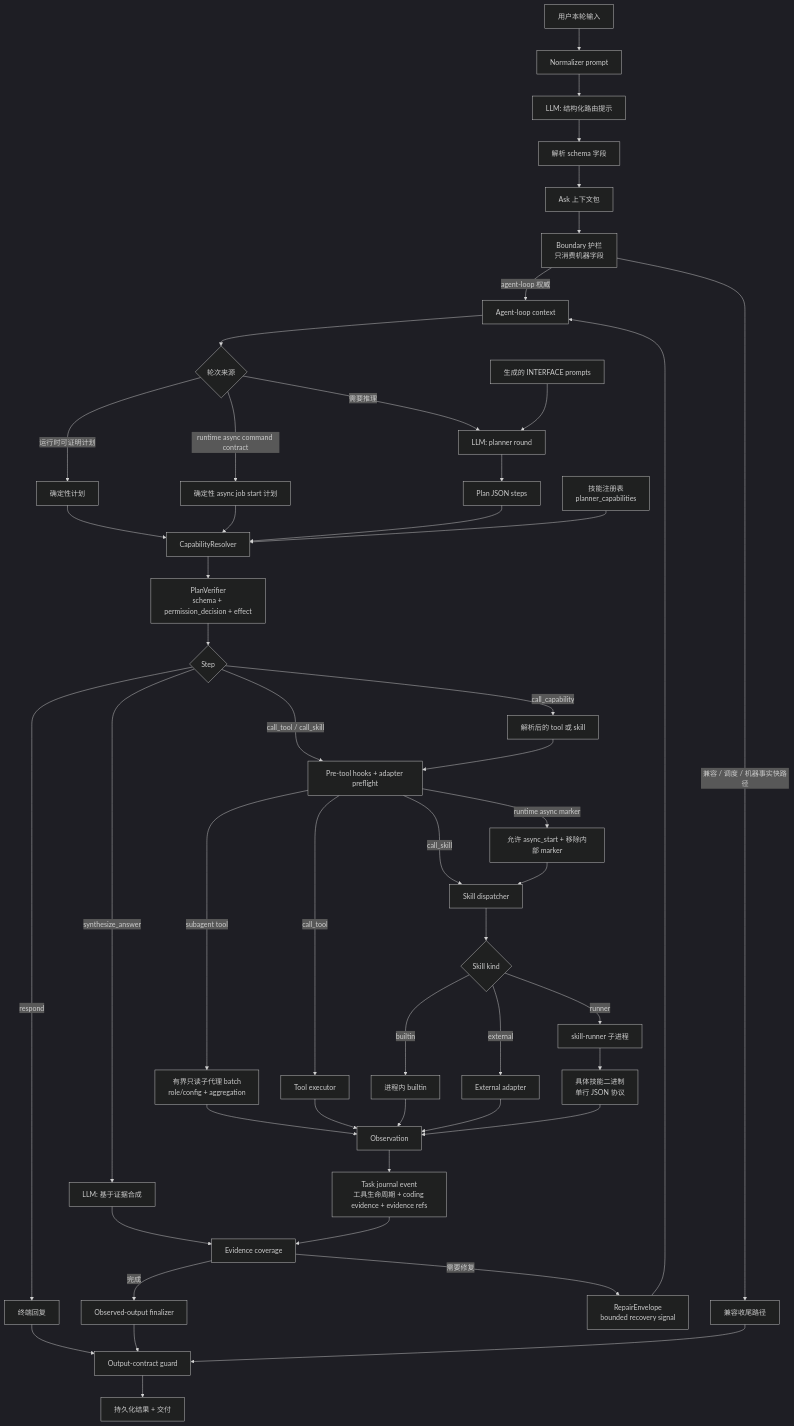
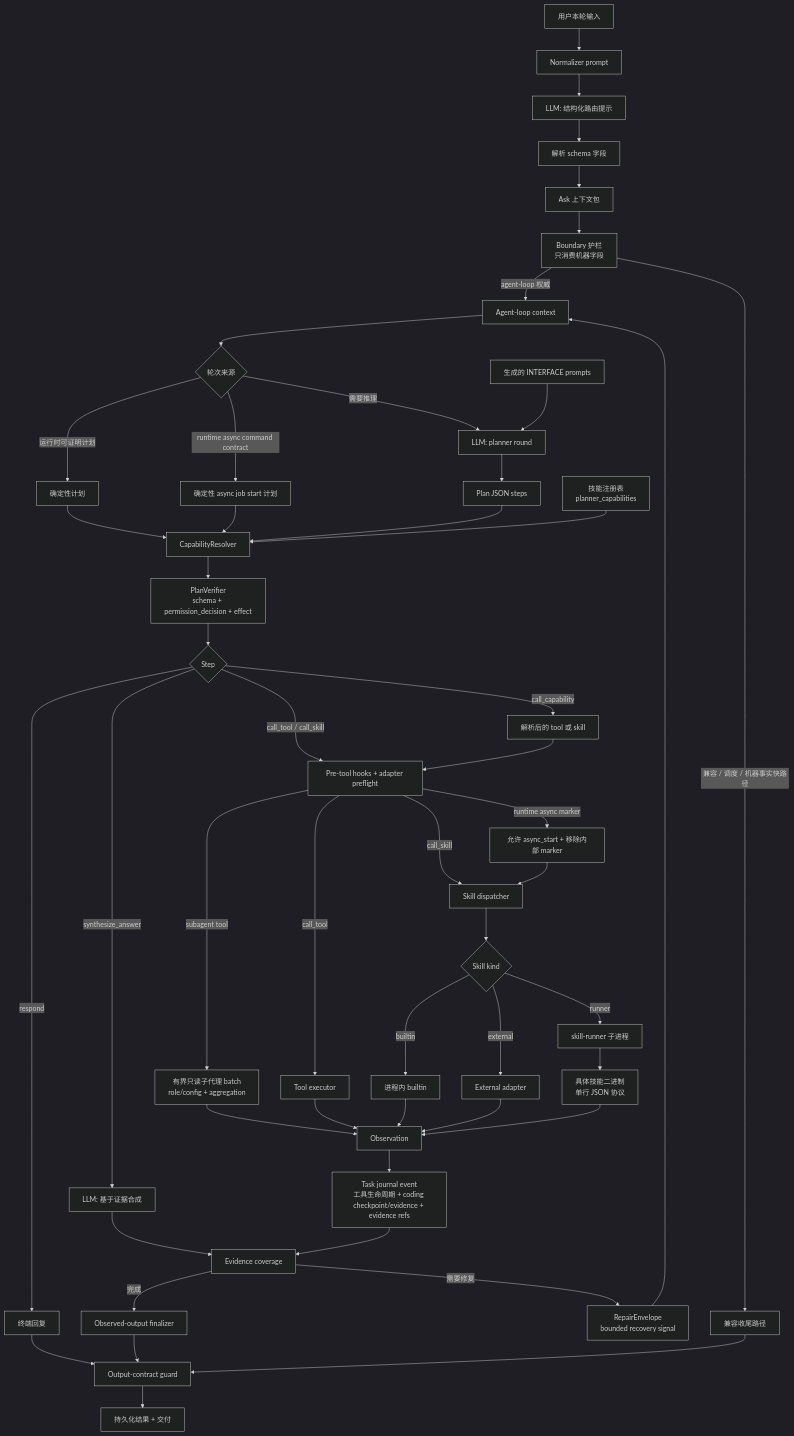
Before and after one commit to MatrixCoreX/RustClaw: the second of 3 diagrams in README.zh-CN.md, drawn with Mermaid (dark theme). The commit also changed other lines of this file and 7 other files, not shown here.

````diff
--- a/README.zh-CN.md
+++ b/README.zh-CN.md
@@ -120,52 +120,52 @@
 ```mermaid
 flowchart TD
     A[用户本轮输入] --> B[Normalizer prompt]
     B --> C[LLM: 结构化路由提示]
     C --> D[解析 schema 字段]
     D --> E[Ask 上下文包]
     E --> F[Boundary 护栏<br/>只消费机器字段]
     F -->|agent-loop 权威| G[Agent-loop context]
     F -->|兼容 / 调度 / 机器事实快路径| H[兼容收尾路径]
     G --> I{轮次来源}
     I -->|运行时可证明计划| J[确定性计划]
     I -->|runtime async command contract| JA[确定性 async job start 计划]
     I -->|需要推理| K[LLM: planner round]
     K --> L[Plan JSON steps]
     J --> M[CapabilityResolver]
     JA --> M
     L --> M
     N[技能注册表<br/>planner_capabilities] --> M
     O[生成的 INTERFACE prompts] --> K
     M --> P[PlanVerifier<br/>schema + permission_decision + effect]
     P --> Q{Step}
     Q -->|call_capability| R[解析后的 tool 或 skill]
     Q -->|call_tool / call_skill| QA[Pre-tool hooks + adapter preflight]
     R --> QA
     QA -->|runtime async marker| AR[允许 async_start + 移除内部 marker]
     QA -->|subagent tool| SS[有界只读子代理 batch<br/>role/config + aggregation]
     QA -->|call_tool| S[Tool executor]
     QA -->|call_skill| T[Skill dispatcher]
     AR --> T
     T --> U{Skill kind}
     U -->|builtin| V[进程内 builtin]
     U -->|external| W[External adapter]
     U -->|runner| X[skill-runner 子进程]
     X --> Y[具体技能二进制<br/>单行 JSON 协议]
     SS --> Z
     S --> Z[Observation]
     V --> Z
     W --> Z
     Y --> Z
-    Z --> ZEV[Task journal event<br/>工具生命周期 + coding evidence + evidence refs]
+    Z --> ZEV[Task journal event<br/>工具生命周期 + coding checkpoint/evidence + evidence refs]
     Q -->|synthesize_answer| ZA[LLM: 基于证据合成]
     Q -->|respond| ZB[终端回复]
     ZA --> ZC[Evidence coverage]
     ZEV --> ZC
     ZC -->|需要修复| ZR[RepairEnvelope<br/>bounded recovery signal]
     ZR --> G
     ZC -->|完成| ZD[Observed-output finalizer]
     ZB --> ZE[Output-contract guard]
     ZD --> ZE
     H --> ZE
     ZE --> ZF[持久化结果 + 交付]
 ```
````
